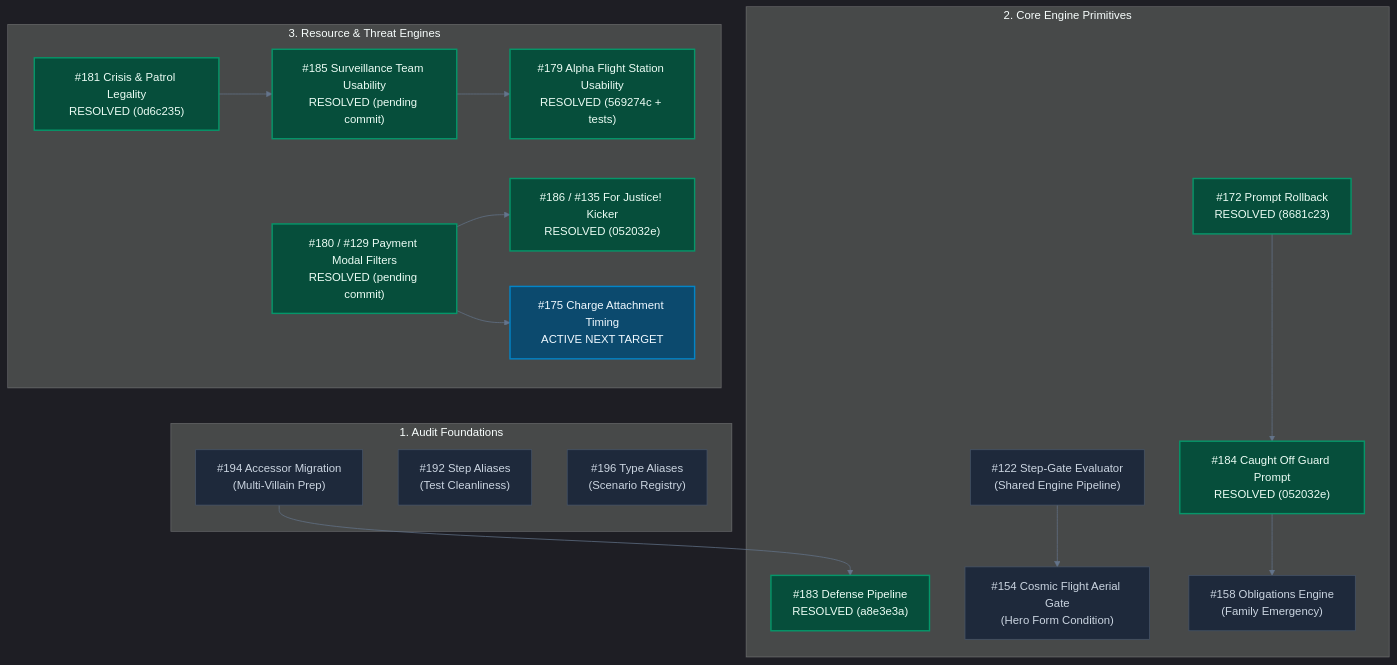
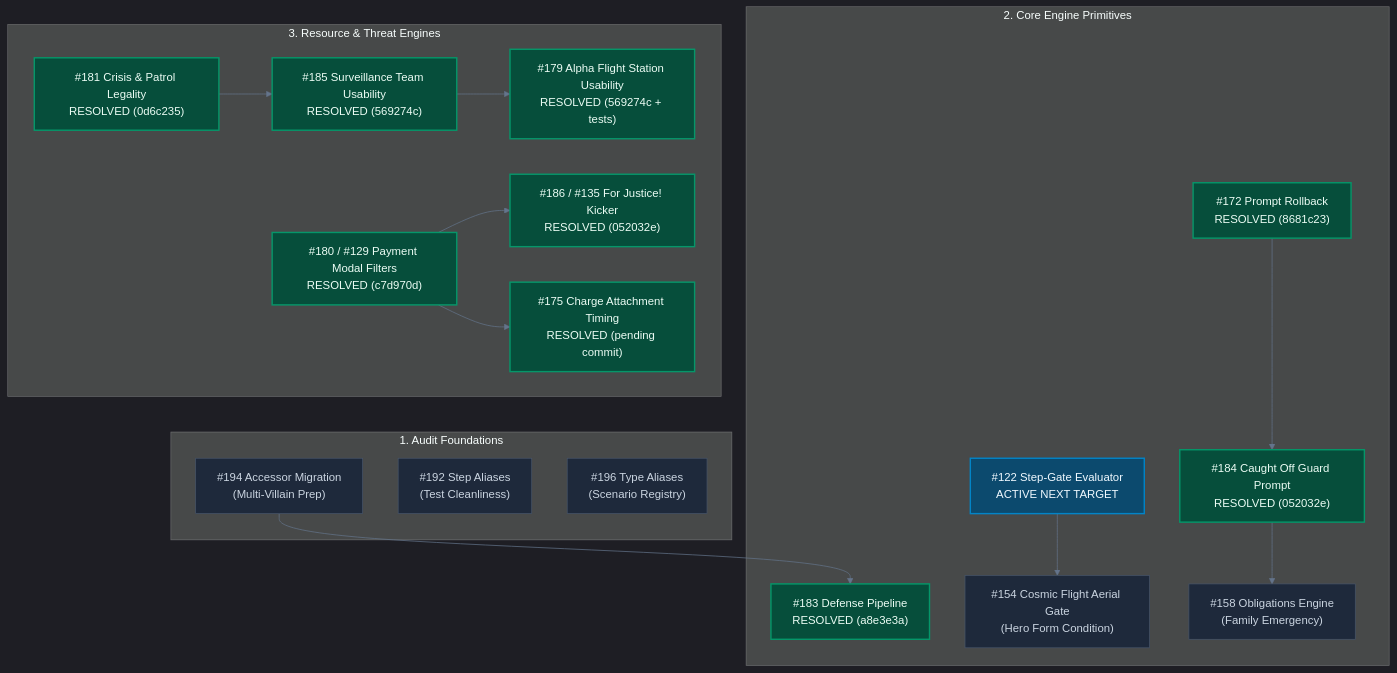
One commit to SteveRodrigue/MCD changed the diagram in docs/backlog/teamwork_status_and_next_target.md. Above: the diagram before and after it, drawn with Mermaid. The commit also changed other lines of this file and 6 other files, not shown here.

````diff
--- a/docs/backlog/teamwork_status_and_next_target.md
+++ b/docs/backlog/teamwork_status_and_next_target.md
@@ -23,46 +23,46 @@
 ```mermaid
 %%{init: {'theme': 'dark', 'themeVariables': { 'darkMode': true, 'background': '#0b0f19', 'primaryColor': '#1e293b', 'primaryTextColor': '#f8fafc', 'primaryBorderColor': '#475569', 'lineColor': '#64748b', 'secondaryColor': '#0f172a', 'tertiaryColor': '#1e293b' }}}%%
 flowchart TD
     subgraph AuditFoundations["1. Audit Foundations"]
         I194["#194 Accessor Migration<br/>(Multi-Villain Prep)"]
         I192["#192 Step Aliases<br/>(Test Cleanliness)"]
         I196["#196 Type Aliases<br/>(Scenario Registry)"]
     end
 
     subgraph CoreEngine["2. Core Engine Primitives"]
         I183["#183 Defense Pipeline<br/>RESOLVED (a8e3e3a)"]
         I172["#172 Prompt Rollback<br/>RESOLVED (8681c23)"]
         I184["#184 Caught Off Guard Prompt<br/>RESOLVED (052032e)"]
-        I122["#122 Step-Gate Evaluator<br/>(Shared Engine Pipeline)"]
+        I122["#122 Step-Gate Evaluator<br/>ACTIVE NEXT TARGET"]
         I154["#154 Cosmic Flight Aerial Gate<br/>(Hero Form Condition)"]
         I158["#158 Obligations Engine<br/>(Family Emergency)"]
     end
 
     subgraph ResourceThreat["3. Resource & Threat Engines"]
         I181["#181 Crisis & Patrol Legality<br/>RESOLVED (0d6c235)"]
         I186["#186 / #135 For Justice! Kicker<br/>RESOLVED (052032e)"]
-        I180["#180 / #129 Payment Modal Filters<br/>RESOLVED (pending commit)"]
-        I185["#185 Surveillance Team Usability<br/>RESOLVED (pending commit)"]
+        I180["#180 / #129 Payment Modal Filters<br/>RESOLVED (c7d970d)"]
+        I185["#185 Surveillance Team Usability<br/>RESOLVED (569274c)"]
         I179["#179 Alpha Flight Station Usability<br/>RESOLVED (569274c + tests)"]
-        I175["#175 Charge Attachment Timing<br/>ACTIVE NEXT TARGET"]
+        I175["#175 Charge Attachment Timing<br/>RESOLVED (pending commit)"]
     end
 
     %% Dependencies & Flows
     I194 --> I183
     I172 --> I184
     I184 --> I158
     I122 --> I154
     I181 --> I185
     I185 --> I179
     I180 --> I186
     I180 --> I175
 
     %% Dark Mode Styles
     classDef resolved fill:#064e3b,stroke:#059669,stroke-width:2px,color:#ecfdf5;
     classDef active fill:#0c4a6e,stroke:#0284c7,stroke-width:2px,color:#f0f9ff;
     classDef open fill:#1e293b,stroke:#475569,stroke-width:1px,color:#cbd5e1;
 
-    class I183,I172,I184,I181,I186,I185,I179,I180 resolved;
-    class I175 active;
-    class I194,I192,I196,I122,I154,I158 open;
+    class I183,I172,I184,I181,I186,I185,I179,I180,I175 resolved;
+    class I122 active;
+    class I194,I192,I196,I154,I158 open;
 ```
````
